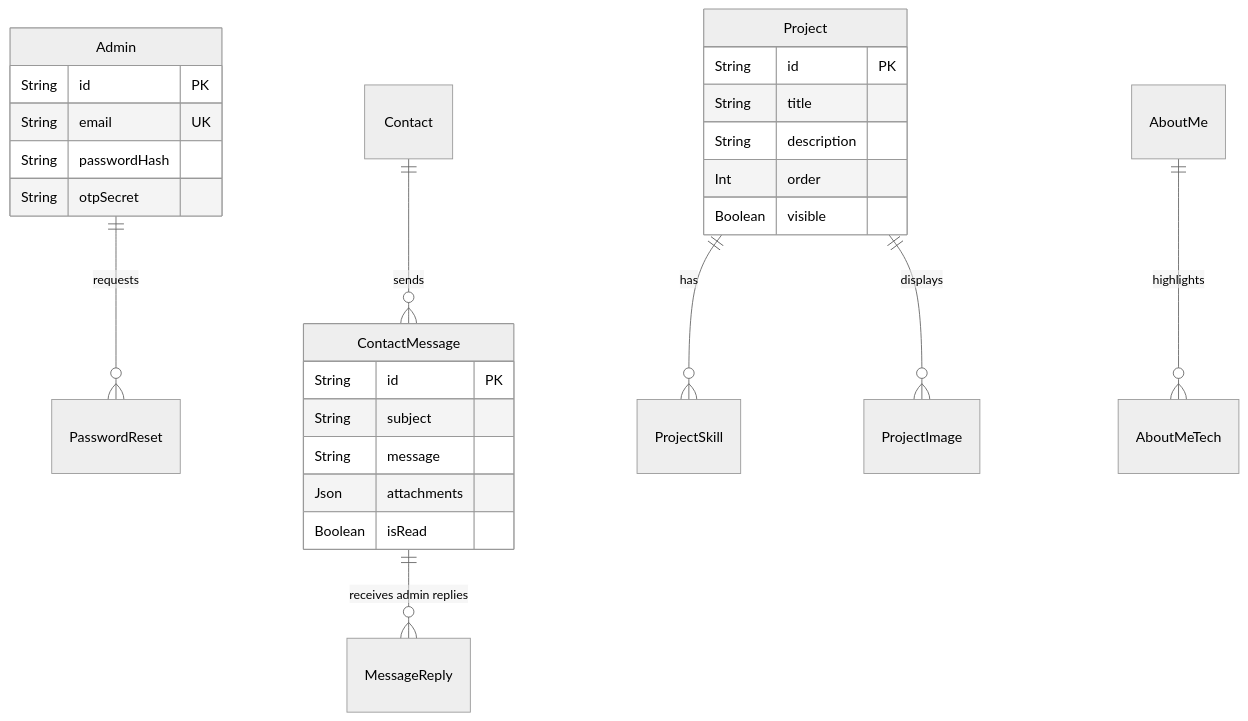
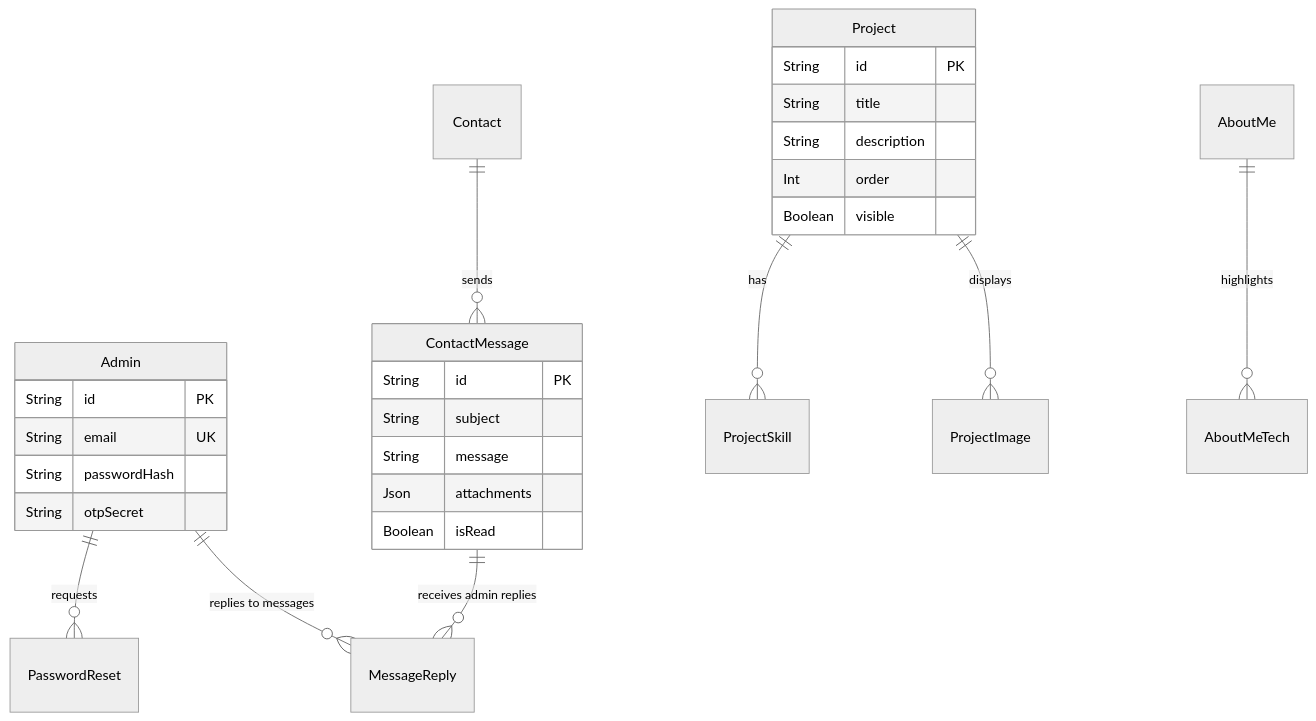
The diagram in README.md (Hedi1312/Portfolio), drawn with Mermaid (neutral theme) before and after one commit. The commit also changed other lines of this file and 1 other file, not shown here.

Commit message:
docs : readme

````diff
--- a/README.md
+++ b/README.md
@@ -80,30 +80,31 @@
 ```mermaid
 erDiagram
-    Admin ||--o{ PasswordReset : requests
+    Admin ||--o{ PasswordReset : "requests"
+    Admin ||--o{ MessageReply : "replies to messages"
     Contact ||--o{ ContactMessage : "sends"
     ContactMessage ||--o{ MessageReply : "receives admin replies"
     Project ||--o{ ProjectSkill : "has"
     Project ||--o{ ProjectImage : "displays"
     AboutMe ||--o{ AboutMeTech : "highlights"
 
     Admin {
         String id PK
         String email UK
         String passwordHash
         String otpSecret
     }
     ContactMessage {
         String id PK
         String subject
         String message
         Json attachments
         Boolean isRead
     }
     Project {
         String id PK
         String title
         String description
         Int order
         Boolean visible
     }
 ```
````
